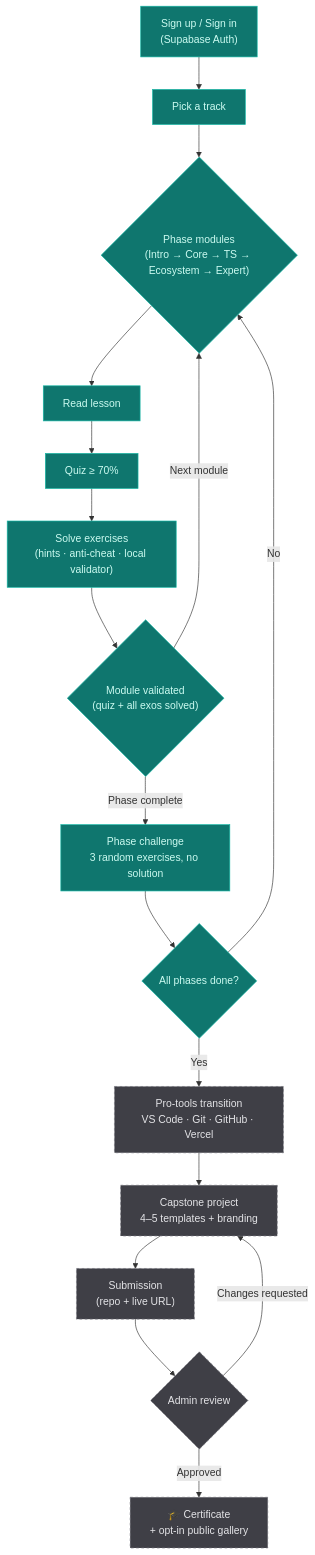
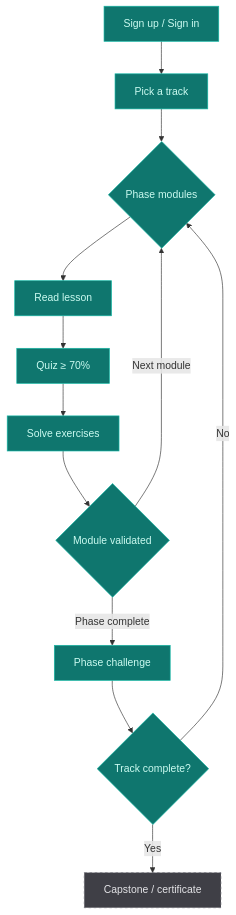
One commit to Mezes131/mezes-academy changed the second of 2 diagrams in README.md. Above: the diagram before and after it, drawn with Mermaid. The commit also changed other lines of this file and 8 other files, not shown here.

````diff
--- a/README.md
+++ b/README.md
@@ -47,24 +68,19 @@
 ```mermaid
 flowchart TD
-    A["Sign up / Sign in<br/>(Supabase Auth)"] --> B["Pick a track"]
-    B --> C{"Phase modules<br/>(Intro → Core → TS → Ecosystem → Expert)"}
+    A["Sign up / Sign in"] --> B["Pick a track"]
+    B --> C{"Phase modules"}
     C --> D["Read lesson"]
     D --> E["Quiz ≥ 70%"]
-    E --> F["Solve exercises<br/>(hints · anti-cheat · local validator)"]
-    F --> G{"Module validated<br/>(quiz + all exos solved)"}
+    E --> F["Solve exercises"]
+    F --> G{"Module validated"}
     G -- "Next module" --> C
-    G -- "Phase complete" --> H["Phase challenge<br/>3 random exercises, no solution"]
-    H --> I{"All phases done?"}
+    G -- "Phase complete" --> H["Phase challenge"]
+    H --> I{"Track complete?"}
     I -- "No" --> C
-    I -- "Yes" --> J["Pro-tools transition<br/>VS Code · Git · GitHub · Vercel"]
-    J --> K["Capstone project<br/>4–5 templates + branding"]
-    K --> L["Submission<br/>(repo + live URL)"]
-    L --> M{"Admin review"}
-    M -- "Changes requested" --> K
-    M -- "Approved" --> N["🎓 Certificate<br/>+ opt-in public gallery"]
+    I -- "Yes" --> J["Capstone / certificate"]
 
     classDef active fill:#0f766e,stroke:#14b8a6,color:#ccfbf1;
     classDef roadmap fill:#3f3f46,stroke:#71717a,color:#e4e4e7,stroke-dasharray: 4 4;
     class A,B,C,D,E,F,G,H,I active;
-    class J,K,L,M,N roadmap;
+    class J roadmap;
 ```
````
